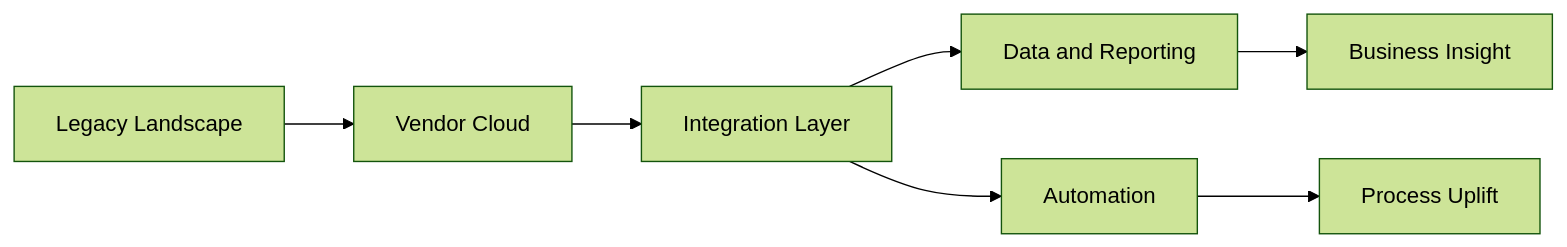
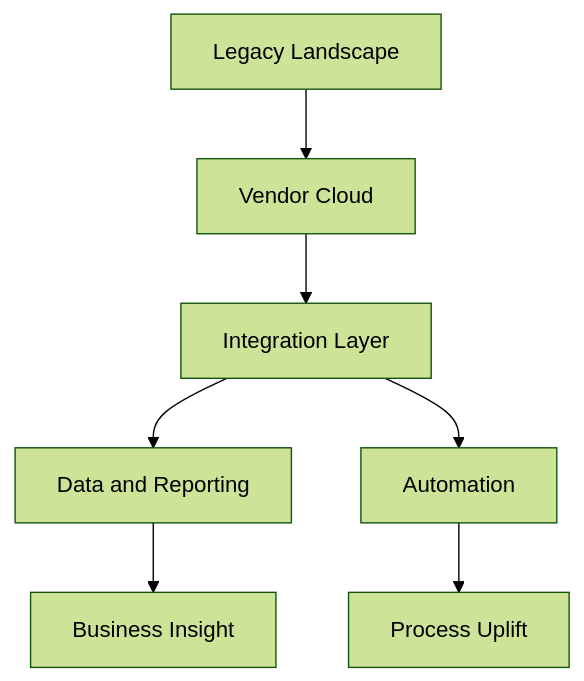
One commit to banban/banban changed the seventh of 14 diagrams in README.md. Above: the diagram before and after it, drawn with Mermaid (forest theme). The commit also changed other lines of this file, not shown here.

First line of the commit message:
Refine README content and correct timeline entries

````diff
--- a/README.md
+++ b/README.md
@@ -204,9 +204,9 @@
 ```mermaid
-flowchart LR
+flowchart TD
     L[Legacy Landscape] --> O[Vendor Cloud]
     O --> I[Integration Layer]
     I --> D[Data and Reporting]
     D --> B[Business Insight]
     I --> A[Automation]
     A --> P[Process Uplift]
 ```
````
